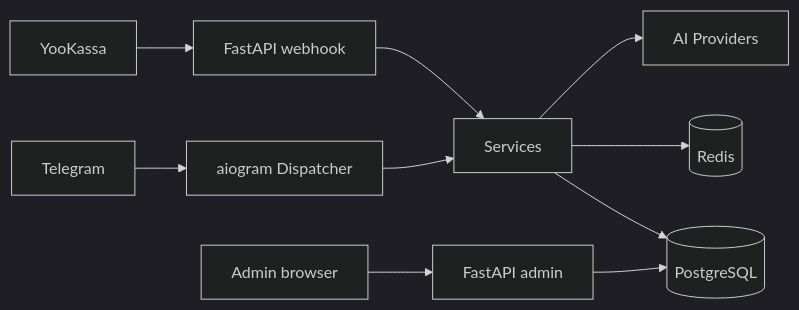
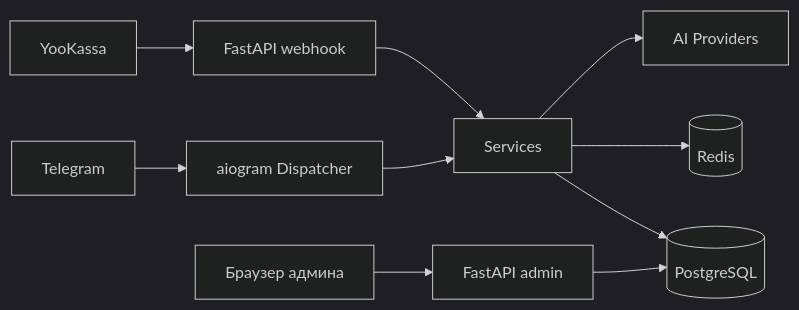
The diagram in README.md (zatercivil-stack/aichat-bot), drawn with Mermaid (dark theme) before and after one commit. The commit also changed other lines of this file, not shown here.

````diff
--- a/README.md
+++ b/README.md
@@ -28,12 +28,12 @@
 ```mermaid
 flowchart LR
   TG[Telegram] --> Bot[aiogram Dispatcher]
   Bot --> Svc[Services]
   Svc --> DB[(PostgreSQL)]
   Svc --> Redis[(Redis)]
   Svc --> AI[AI Providers]
   YK[YooKassa] --> WH[FastAPI webhook]
   WH --> Svc
-  Admin[Admin browser] --> AD[FastAPI admin]
+  Admin[Браузер админа] --> AD[FastAPI admin]
   AD --> DB
 ```
````
